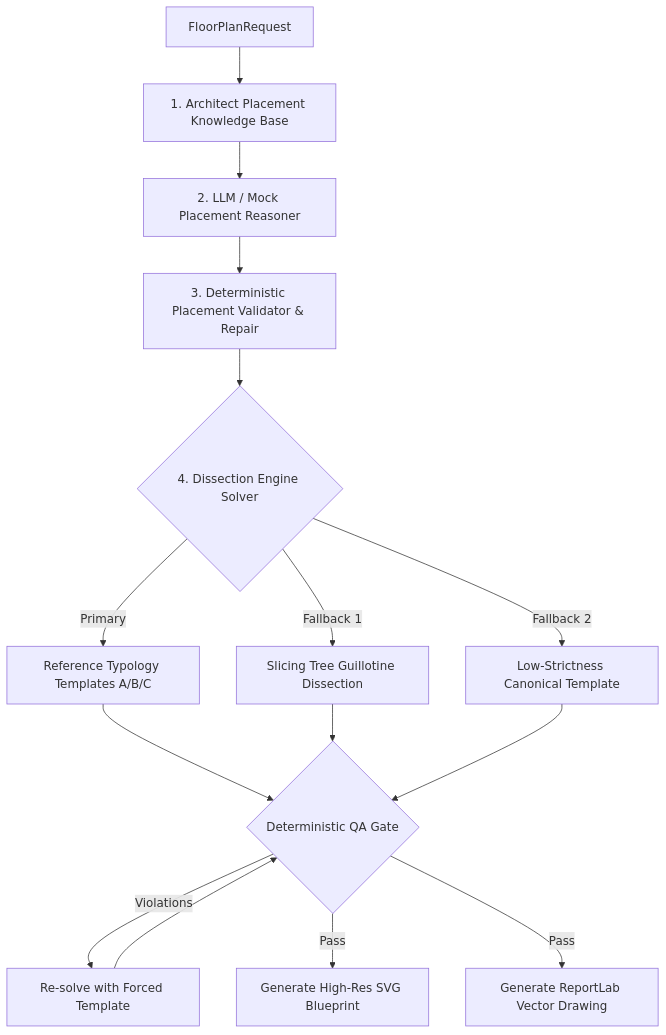
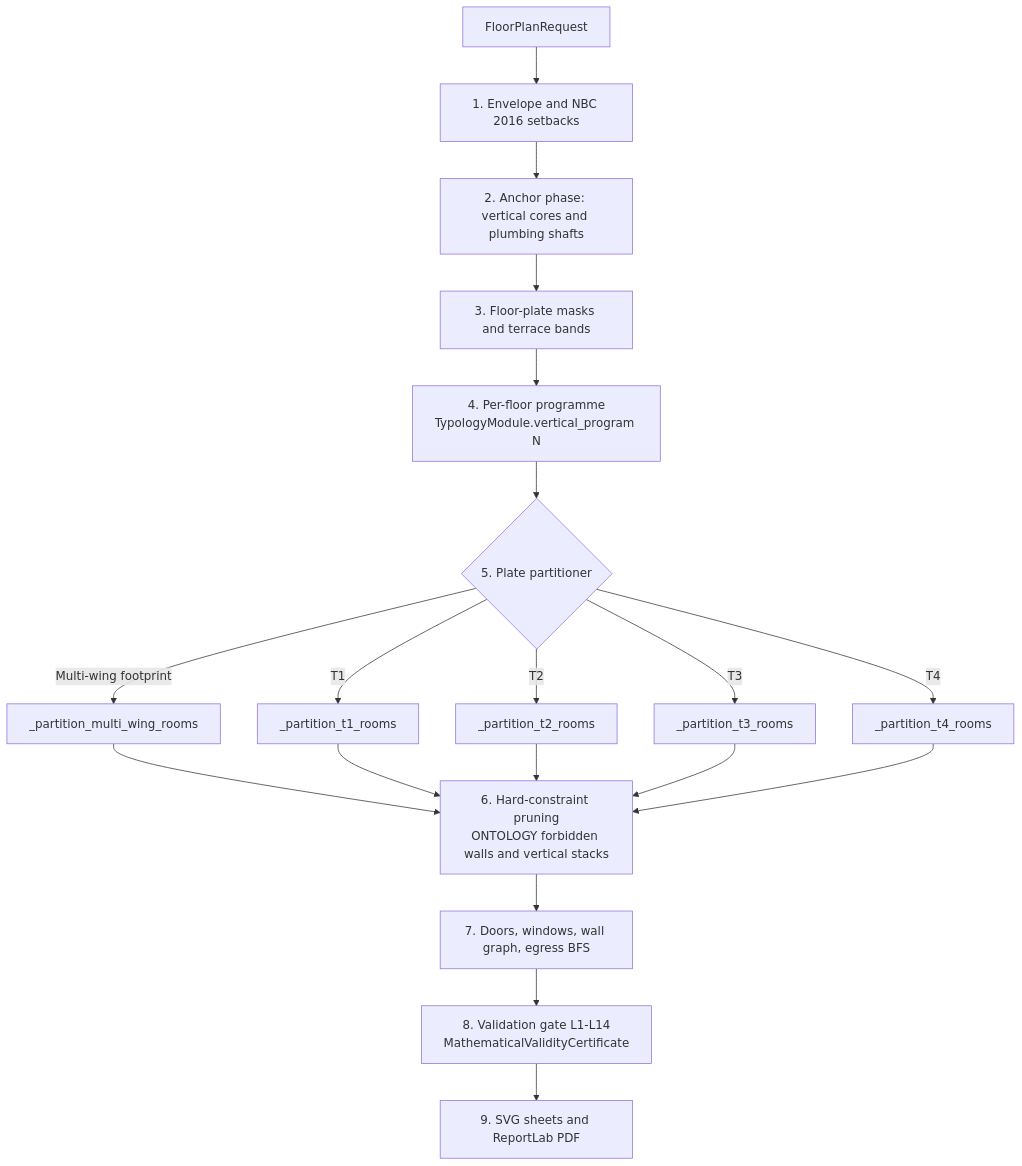
Before and after one commit to Mrtracker-new/BuildWise_AI: the diagram in docs/blueprint-engine.md, drawn with Mermaid. The commit also changed other lines of this file and 1 other file, not shown here.

Commit message:
docs(blueprint): document typology dispatch, validation gate, and drawing pipeline

````diff
--- a/docs/blueprint-engine.md
+++ b/docs/blueprint-engine.md
@@ -32,17 +37,21 @@
 ```mermaid
 flowchart TD
-    Req[FloorPlanRequest] --> KB[1. Architect Placement Knowledge Base]
-    KB --> Reasoner[2. LLM / Mock Placement Reasoner]
-    Reasoner --> Validator[3. Deterministic Placement Validator & Repair]
-    Validator --> Solver{4. Dissection Engine Solver}
-    Solver -->|Primary| Templates[Reference Typology Templates A/B/C]
-    Solver -->|Fallback 1| Guillotine[Slicing Tree Guillotine Dissection]
-    Solver -->|Fallback 2| Canonical[Low-Strictness Canonical Template]
-    Templates --> QA{Deterministic QA Gate}
-    Guillotine --> QA
-    Canonical --> QA
-    QA -- Violations --> CriticFix[Re-solve with Forced Template]
-    CriticFix --> QA
-    QA -- Pass --> SVG[Generate High-Res SVG Blueprint]
-    QA -- Pass --> PDF[Generate ReportLab Vector Drawing]
+    Req[FloorPlanRequest] --> Envelope[1. Envelope and NBC 2016 setbacks]
+    Envelope --> Anchors[2. Anchor phase: vertical cores and plumbing shafts]
+    Anchors --> Masks[3. Floor-plate masks and terrace bands]
+    Masks --> Program[4. Per-floor programme<br/>TypologyModule.vertical_program N]
+    Program --> Part{5. Plate partitioner}
+    Part -->|Multi-wing footprint| Wing[_partition_multi_wing_rooms]
+    Part -->|T1| T1[_partition_t1_rooms]
+    Part -->|T2| T2[_partition_t2_rooms]
+    Part -->|T3| T3[_partition_t3_rooms]
+    Part -->|T4| T4[_partition_t4_rooms]
+    Wing --> Prune[6. Hard-constraint pruning<br/>ONTOLOGY forbidden walls and vertical stacks]
+    T1 --> Prune
+    T2 --> Prune
+    T3 --> Prune
+    T4 --> Prune
+    Prune --> Openings[7. Doors, windows, wall graph, egress BFS]
+    Openings --> Gate[8. Validation gate L1-L14<br/>MathematicalValidityCertificate]
+    Gate --> Sheets[9. SVG sheets and ReportLab PDF]
 ```
````
